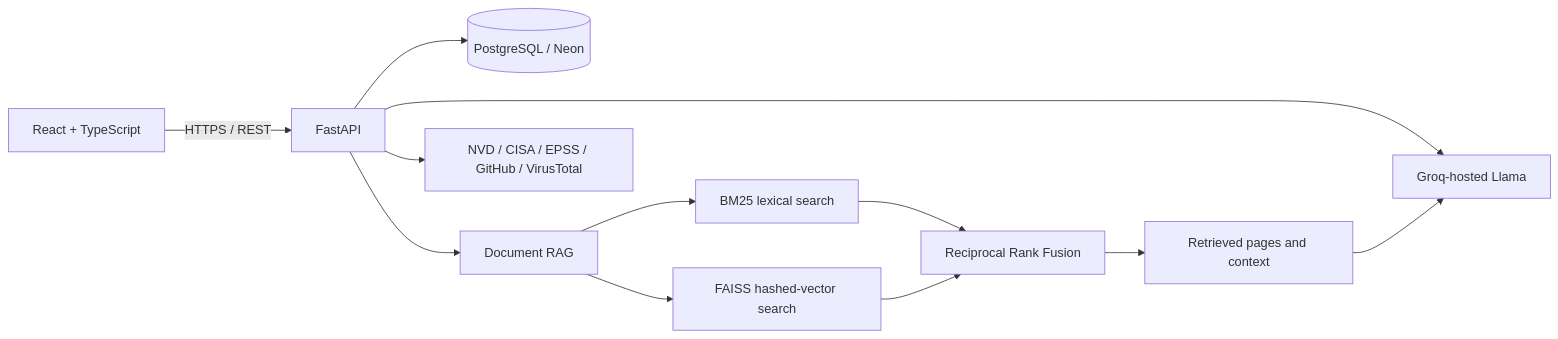
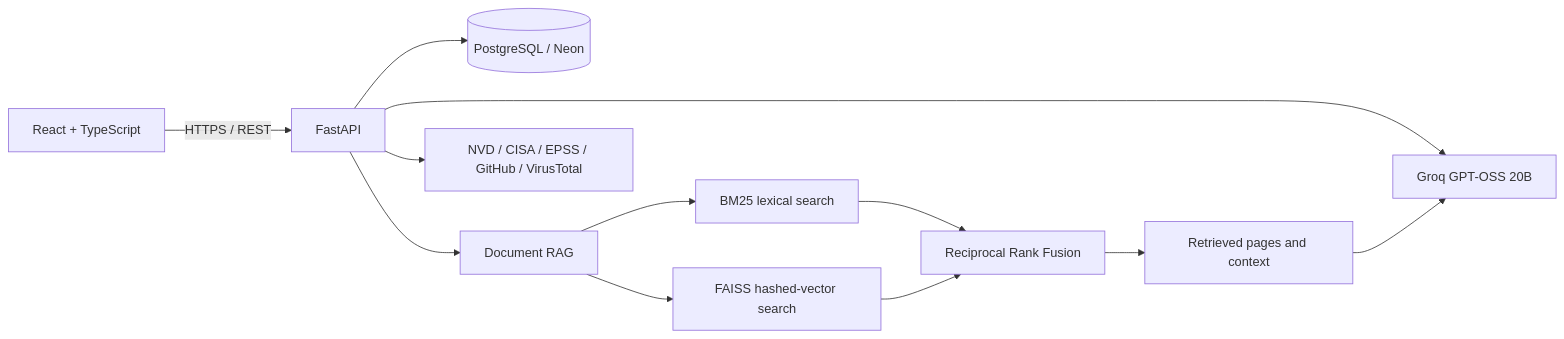
One commit to MoAftab-01/CyberShield-AI changed the diagram in README.md. Above: the diagram before and after it, drawn with Mermaid. The commit also changed other lines of this file and 15 other files, not shown here.

````diff
--- a/README.md
+++ b/README.md
@@ -52,14 +52,14 @@
 ```mermaid
 flowchart LR
     Browser[React + TypeScript] -->|HTTPS / REST| API[FastAPI]
     API --> DB[(PostgreSQL / Neon)]
-    API --> LLM[Groq-hosted Llama]
+    API --> LLM[Groq GPT-OSS 20B]
     API --> RAG[Document RAG]
     RAG --> BM25[BM25 lexical search]
     RAG --> FAISS[FAISS hashed-vector search]
     BM25 --> RRF[Reciprocal Rank Fusion]
     FAISS --> RRF
     RRF --> Context[Retrieved pages and context]
     Context --> LLM
     API --> Feeds[NVD / CISA / EPSS / GitHub / VirusTotal]
 ```
````
